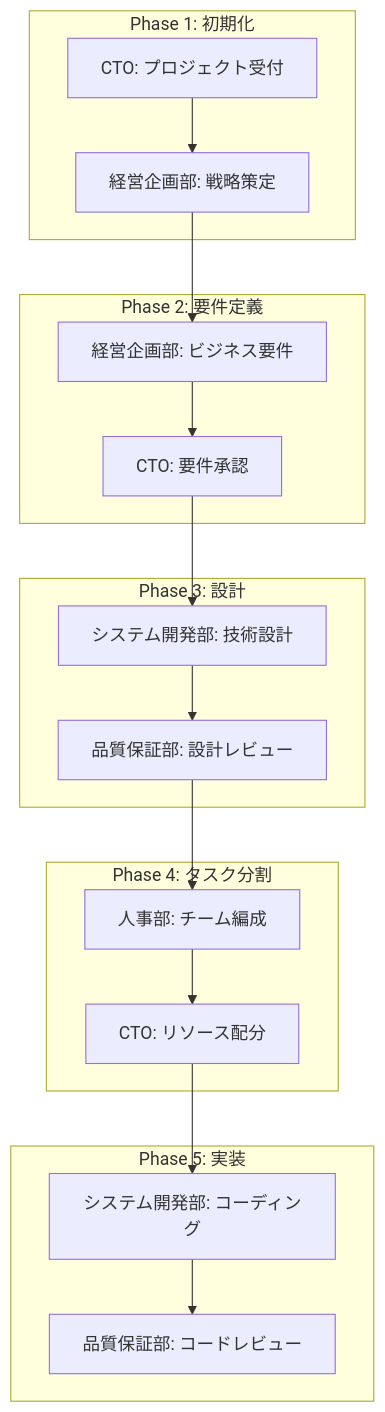
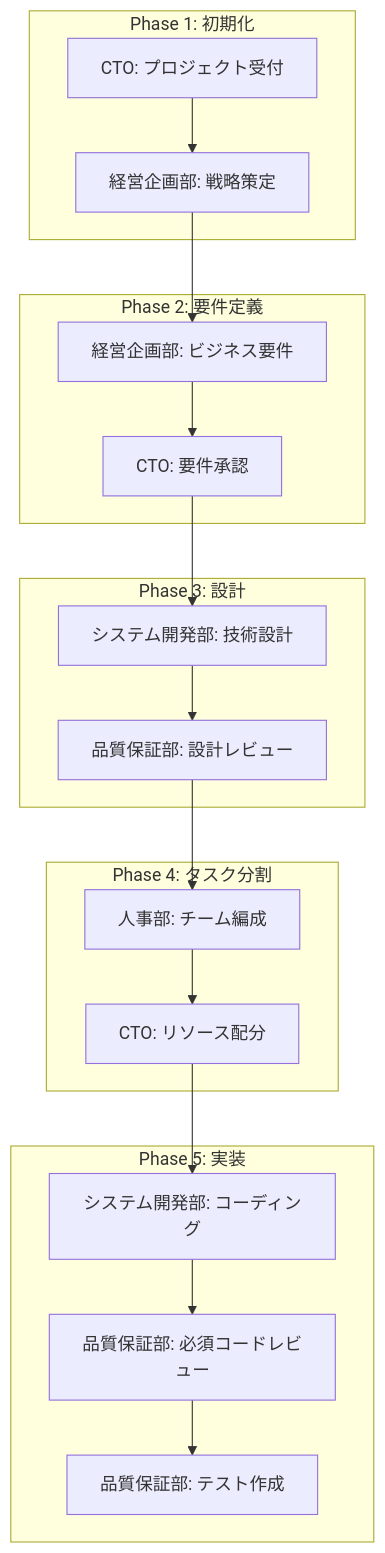
Before and after one commit to tfuruta1/specification_driven_system_development_by_claude_code: the diagram in .claude_sub_agent/commands/spec.md, drawn with Mermaid. The commit also changed other lines of this file and 377 other files, not shown here.

````diff
--- a/.claude_sub_agent/commands/spec.md
+++ b/.claude_sub_agent/commands/spec.md
@@ -118,37 +124,39 @@
 ```mermaid
 graph TB
     subgraph "Phase 1: 初期化"
         A1[CTO: プロジェクト受付]
         A2[経営企画部: 戦略策定]
     end
     
     subgraph "Phase 2: 要件定義"
         B1[経営企画部: ビジネス要件]
         B2[CTO: 要件承認]
     end
     
     subgraph "Phase 3: 設計"
         C1[システム開発部: 技術設計]
         C2[品質保証部: 設計レビュー]
     end
     
     subgraph "Phase 4: タスク分割"
         D1[人事部: チーム編成]
         D2[CTO: リソース配分]
     end
     
     subgraph "Phase 5: 実装"
         E1[システム開発部: コーディング]
-        E2[品質保証部: コードレビュー]
+        E2[品質保証部: 必須コードレビュー]
+        E3[品質保証部: テスト作成]
     end
     
     A1 --> A2
     A2 --> B1
     B1 --> B2
     B2 --> C1
     C1 --> C2
     C2 --> D1
     D1 --> D2
     D2 --> E1
     E1 --> E2
+    E2 --> E3
 ```
````
